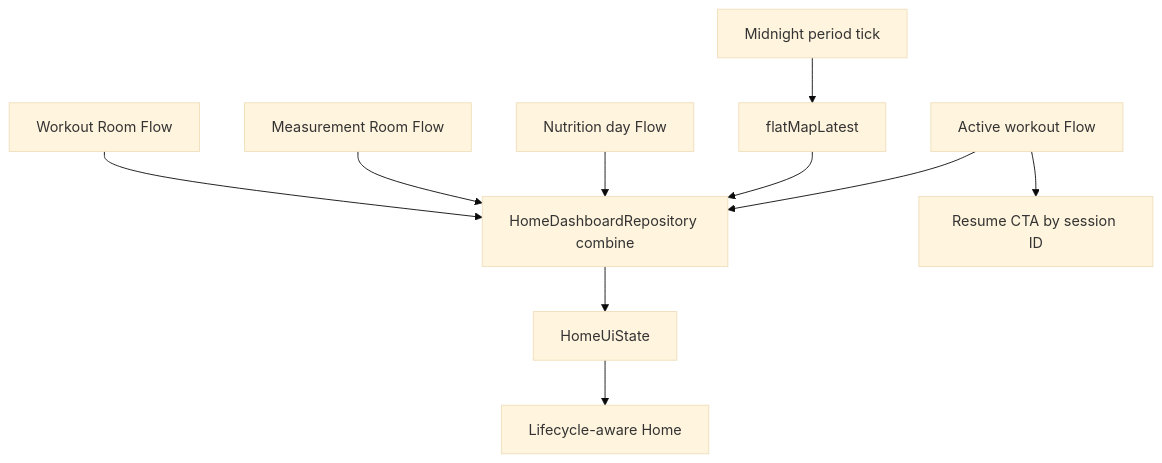
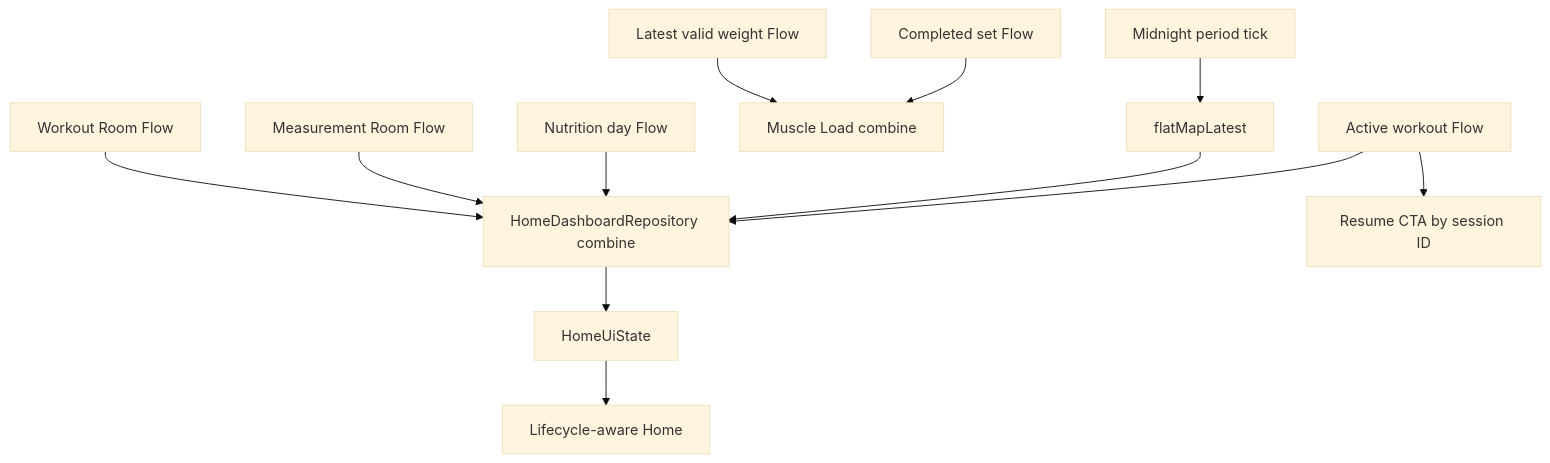
One commit to MehmetKucukOfficial/GymTracker changed the diagram in docs/obsidian/architecture/ARCH_STATE_DATA_FLOW.md. Above: the diagram before and after it, drawn with Mermaid (base theme). The commit also changed other lines of this file and 14 other files, not shown here.

Commit message:
Update graph for PR13 media calibration

````diff
--- a/docs/obsidian/architecture/ARCH_STATE_DATA_FLOW.md
+++ b/docs/obsidian/architecture/ARCH_STATE_DATA_FLOW.md
@@ -45,12 +45,14 @@
 ```mermaid
 flowchart TD
     W[Workout Room Flow] --> R[HomeDashboardRepository combine]
     M[Measurement Room Flow] --> R
     N[Nutrition day Flow] --> R
+    BW[Latest valid weight Flow] --> ML[Muscle Load combine]
+    CS[Completed set Flow] --> ML
     T[Midnight period tick] --> F[flatMapLatest]
     F --> R
     R --> U[HomeUiState]
     U --> UI[Lifecycle-aware Home]
     A[Active workout Flow] --> R
     A --> CTA[Resume CTA by session ID]
 ```
````
